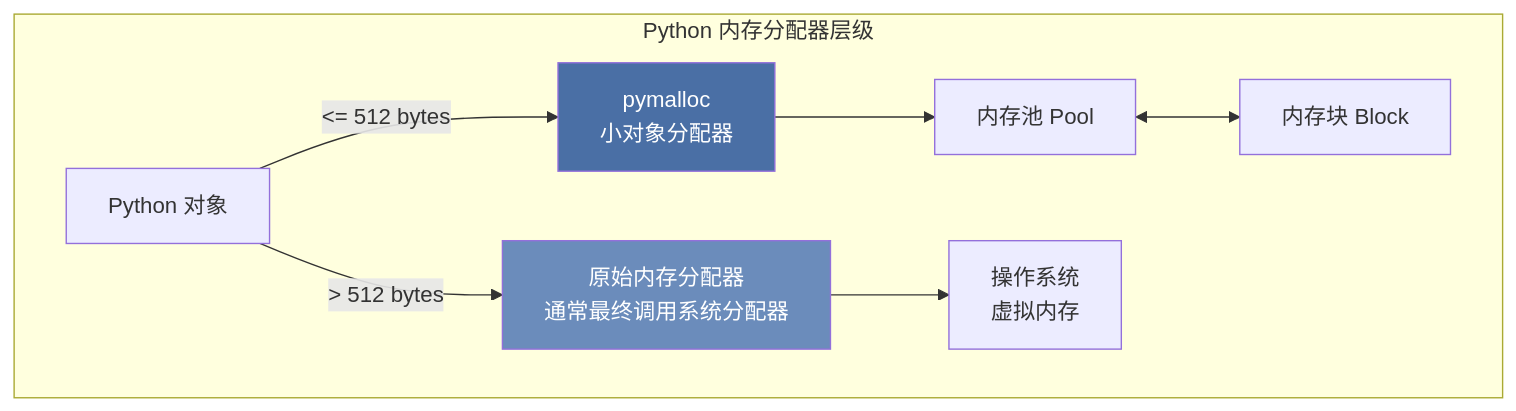
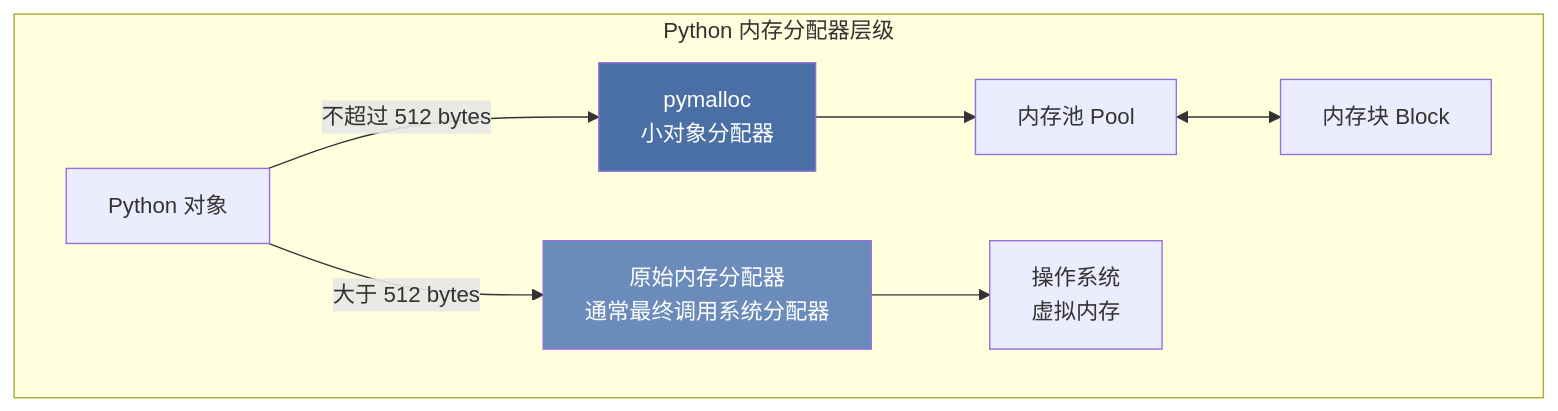
One commit to BeefWrap4/LLM-Knowledge-Base changed the first of 8 diagrams in 06_Python内存管理与垃圾回收.md. Above: the diagram before and after it, drawn with Mermaid. The commit also changed other lines of this file and 12 other files, not shown here.

Commit message:
Fix Mermaid markdown label rendering

````diff
--- a/06_Python内存管理与垃圾回收.md
+++ b/06_Python内存管理与垃圾回收.md
@@ -28,14 +28,14 @@
 ```mermaid
 flowchart TD
     subgraph "Python 内存分配器层级"
-        A[Python 对象] -->|<= 512 bytes| B[pymalloc<br/>小对象分配器]
-        A -->|> 512 bytes| C[原始内存分配器<br/>通常最终调用系统分配器]
+        A[Python 对象] -->|不超过 512 bytes| B[pymalloc<br/>小对象分配器]
+        A -->|大于 512 bytes| C[原始内存分配器<br/>通常最终调用系统分配器]
         
         B --> D[内存池 Pool]<-->E[内存块 Block]
         
         C --> F[操作系统<br/>虚拟内存]
     end
     
     style B fill:#4A6FA5,color:#fff
     style C fill:#6B8CBB,color:#fff
 ```
````
